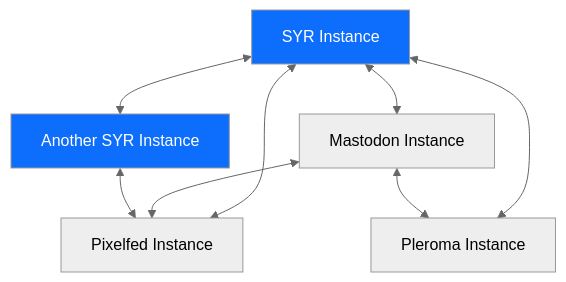
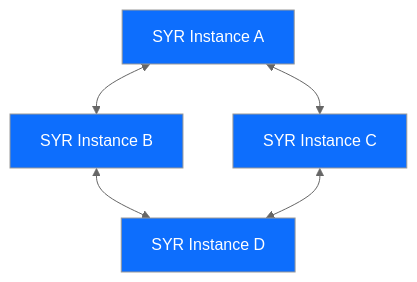
Diagram 18 of 19 in Architecture.md (syr-is/syr), drawn with Mermaid (neutral theme) before and after one commit. The commit also changed other lines of this file and 491 other files, not shown here.

````diff
--- a/Architecture.md
+++ b/Architecture.md
@@ -613,19 +654,17 @@
 ```mermaid
 graph TD
-    SYR[SYR Instance]
-    M1[Mastodon Instance]
-    M2[Pixelfed Instance]
-    P1[Pleroma Instance]
-    SYR2[Another SYR Instance]
+    SYR1[SYR Instance A]
+    SYR2[SYR Instance B]
+    SYR3[SYR Instance C]
+    SYR4[SYR Instance D]
 
-    SYR <--> M1
-    SYR <--> M2
-    SYR <--> P1
-    SYR <--> SYR2
-    M1 <--> M2
-    M1 <--> P1
-    SYR2 <--> M2
+    SYR1 <--> SYR2
+    SYR1 <--> SYR3
+    SYR2 <--> SYR4
+    SYR3 <--> SYR4
 
-    style SYR fill:#0d6efd,color:#fff
+    style SYR1 fill:#0d6efd,color:#fff
     style SYR2 fill:#0d6efd,color:#fff
+    style SYR3 fill:#0d6efd,color:#fff
+    style SYR4 fill:#0d6efd,color:#fff
 ```
````
